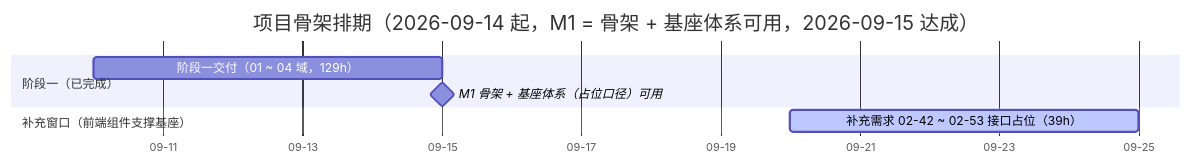
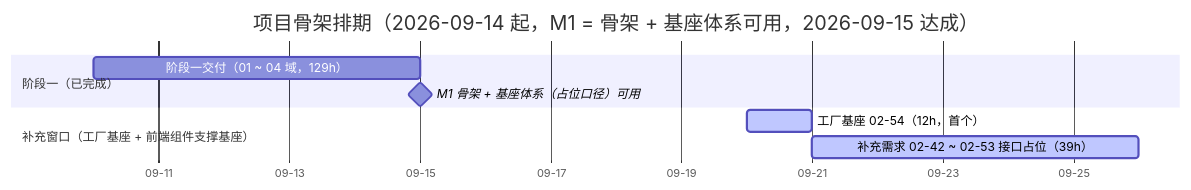
The diagram in bms文档/项目/01_项目骨架/计划/01_计划_项目骨架.md (minjian123/basic-management-system), drawn with Mermaid before and after one commit. The commit also changed other lines of this file and 9 other files, not shown here.

````diff
--- a/bms文档/项目/01_项目骨架/计划/01_计划_项目骨架.md
+++ b/bms文档/项目/01_项目骨架/计划/01_计划_项目骨架.md
@@ -131,11 +132,12 @@
 ```mermaid
 gantt
     title 项目骨架排期（2026-09-14 起，M1 = 骨架 + 基座体系可用，2026-09-15 达成）
     dateFormat  YYYY-MM-DD
     axisFormat %m-%d
     section 阶段一（已完成）
     阶段一交付（01 ~ 04 域，129h） :done1, 2026-09-10, 2026-09-15
     M1 骨架 + 基座体系（占位口径）可用 :milestone, m1, 2026-09-15, 0d
-    section 补充窗口（前端组件支撑基座）
-    补充需求 02-42 ~ 02-53 接口占位（39h） :active, supp, 2026-09-20, 5d
+    section 补充窗口（工厂基座 + 前端组件支撑基座）
+    工厂基座 02-54（12h，首个） :active, fac, 2026-09-20, 1d
+    补充需求 02-42 ~ 02-53 接口占位（39h） :active, supp, 2026-09-21, 5d
 ```
````
